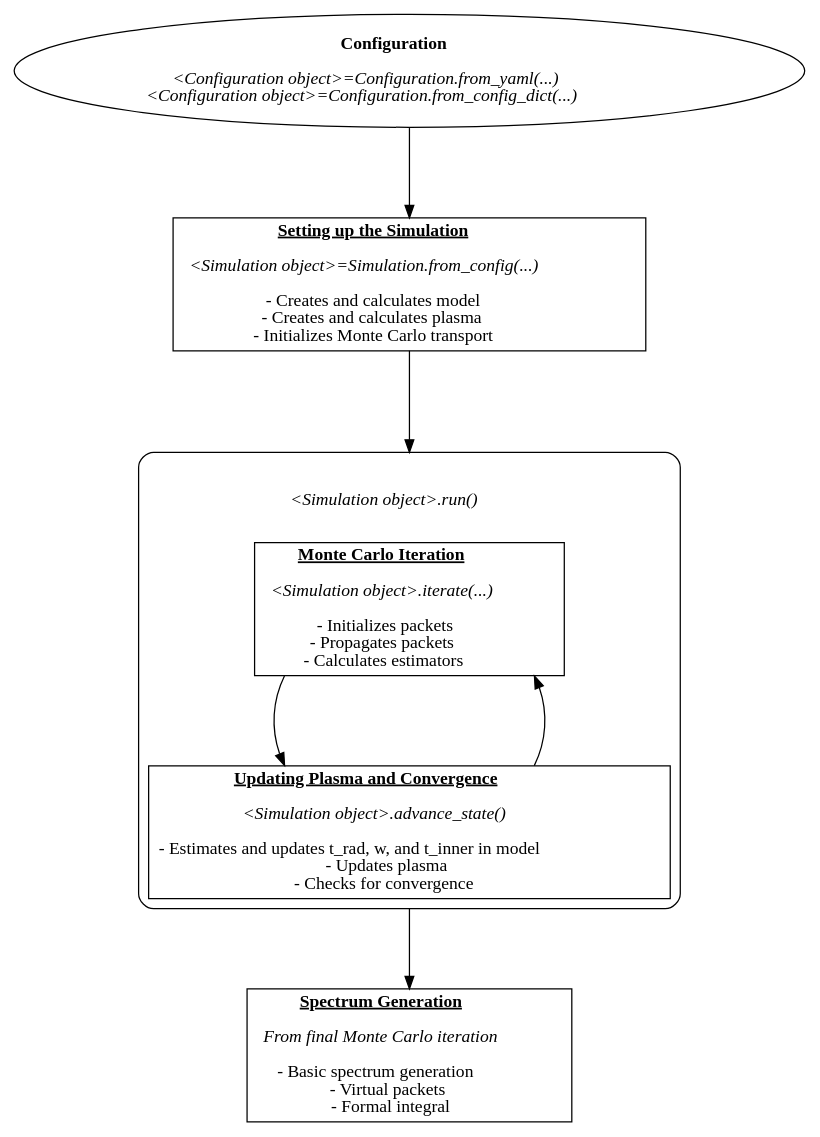
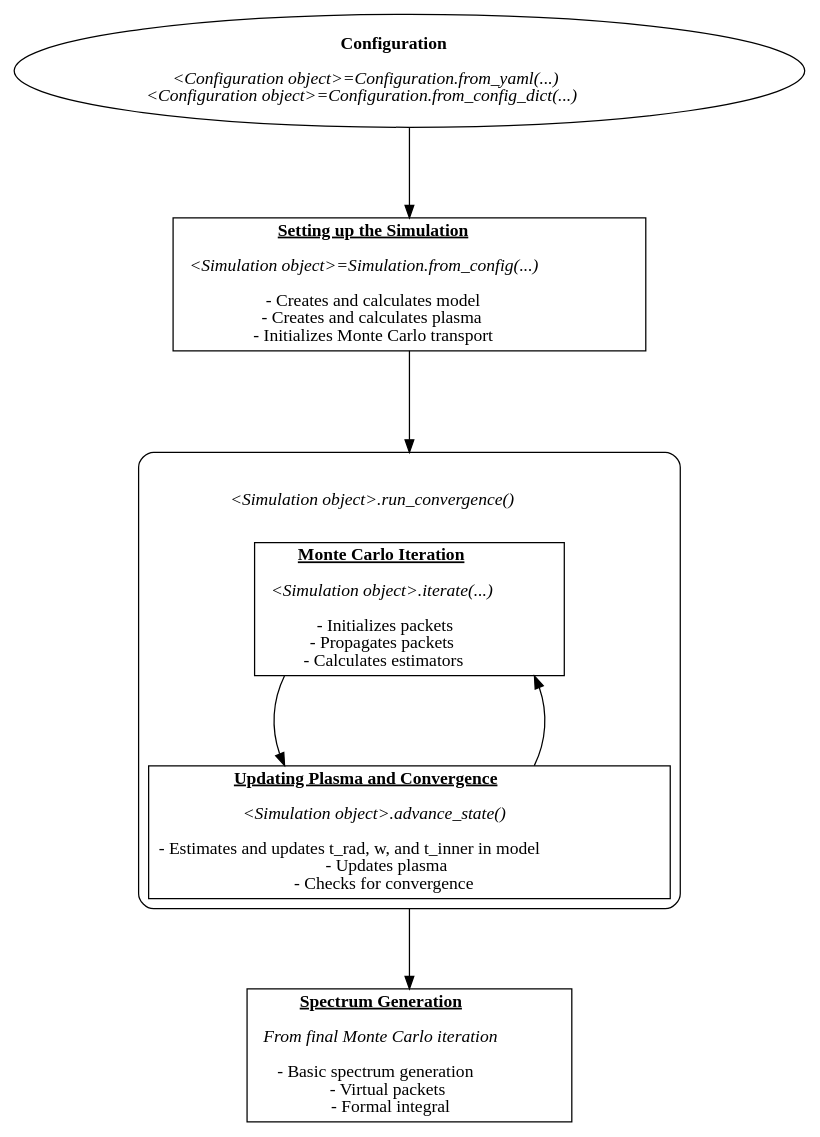
One commit to tardis-sn/tardis changed the diagram in docs/physics/intro/tardis_flowchart.dot. Above: the diagram before and after it, drawn with Graphviz. The commit also changed 13 other files, not shown here.

Commit message:
Splitted Simulation.run() to Simulation.run_convergence() and Simulation.run_final()

```diff
--- a/docs/physics/intro/tardis_flowchart.dot
+++ b/docs/physics/intro/tardis_flowchart.dot
@@ -1,19 +1,19 @@
 digraph {
     compound = true
     graph [nodesep=4, ranksep=1]
     config [label=<<B>Configuration</B><br/><br/> <i>&lt;Configuration object&gt;=Configuration.from_yaml(...)</i><br/> <i>&lt;Configuration object&gt;=Configuration.from_config_dict(...)</i>>, shape=oval]
     setup_sim [label=<<B><u>Setting up the Simulation</u></B> <br/><br/> <i>&lt;Simulation object&gt;=Simulation.from_config(...)</i> <br/><br/> - Creates and calculates model <br/> - Creates and calculates plasma <br/> - Initializes Monte Carlo transport>, shape=rectangle]
     mc_iteration [label=<<B><u>Monte Carlo Iteration</u></B> <br/><br/> <i>&lt;Simulation object&gt;.iterate(...)</i><br/> <br/> - Initializes packets <br/> - Propagates packets <br/> - Calculates estimators>, shape=rectangle]
     adv_state [label=<<B><u>Updating Plasma and Convergence</u></B> <br/><br/> <i>&lt;Simulation object&gt;.advance_state()</i> <br/><br/> - Estimates and updates t_rad, w, and t_inner in model <br/> - Updates plasma <br/> - Checks for convergence>, shape=rectangle]
     spec_gen [label=<<B><u>Spectrum Generation</u></B> <br/><br/> <i>From final Monte Carlo iteration</i> <br/><br/> - Basic spectrum generation <br/> - Virtual packets <br/> - Formal integral>, shape=rectangle]
     subgraph cluster1 {
         style = rounded
 		margin = .25
-		label=<<br/><br/><i>&lt;Simulation object&gt;.run()</i><br/> >;
+		label=<<br/><br/><i>&lt;Simulation object&gt;.run_convergence()</i><br/> >;
 		mc_iteration -> adv_state
         adv_state -> mc_iteration
 	}
     config -> setup_sim
     setup_sim -> mc_iteration [lhead=cluster1, minlen=2]
     adv_state -> spec_gen [ltail=cluster1]
 }
```
